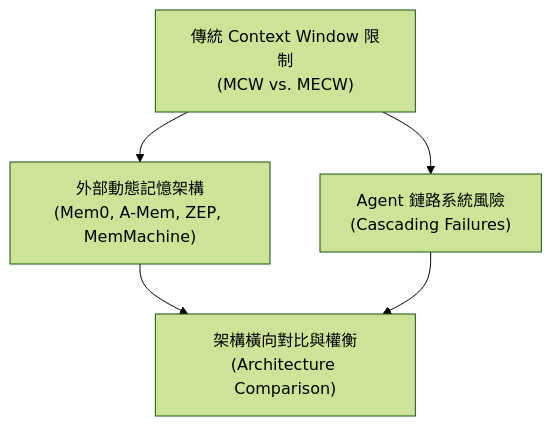
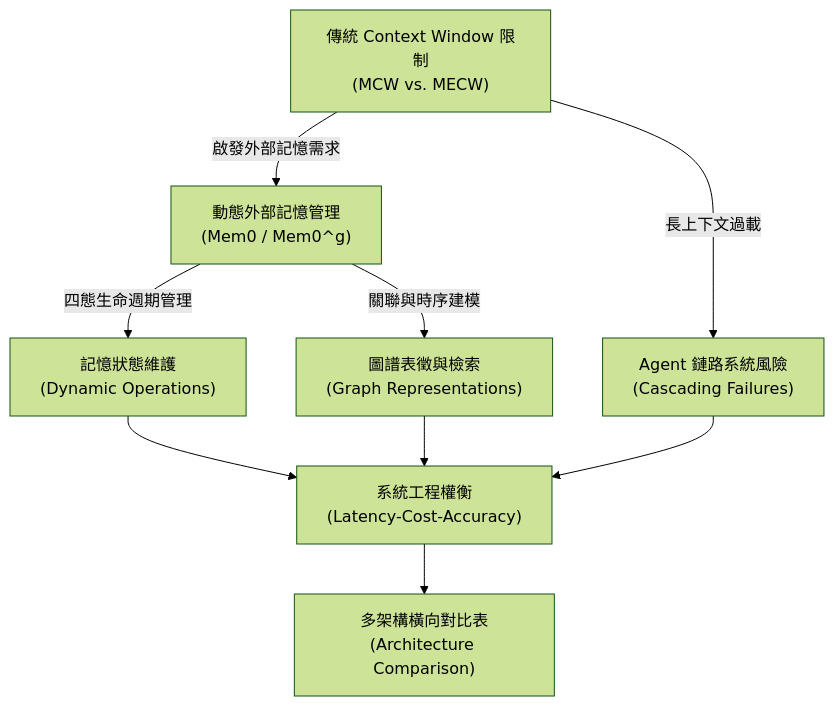
Before and after one commit to KenTW-PPD/TAICA_Generative_AI_Class-Homework_10: the diagram in wiki/index.md, drawn with Mermaid (forest theme). The commit also changed other lines of this file and 7 other files, not shown here.

````diff
--- a/wiki/index.md
+++ b/wiki/index.md
@@ -9,7 +9,11 @@
 ```mermaid
 flowchart TD
-    A["傳統 Context Window 限制<br/>(MCW vs. MECW)"] --> B["外部動態記憶架構<br/>(Mem0, A-Mem, ZEP, MemMachine)"]
-    A --> C["Agent 鏈路系統風險<br/>(Cascading Failures)"]
-    B --> D["架構橫向對比與權衡<br/>(Architecture Comparison)"]
-    C --> D
+    A["傳統 Context Window 限制<br/>(MCW vs. MECW)"] -->|啟發外部記憶需求| B["動態外部記憶管理<br/>(Mem0 / Mem0^g)"]
+    A -->|長上下文過載| C["Agent 鏈路系統風險<br/>(Cascading Failures)"]
+    B -->|四態生命週期管理| D["記憶狀態維護<br/>(Dynamic Operations)"]
+    B -->|關聯與時序建模| E["圖譜表徵與檢索<br/>(Graph Representations)"]
+    D --> F["系統工程權衡<br/>(Latency-Cost-Accuracy)"]
+    E --> F
+    C --> F
+    F --> G["多架構橫向對比表<br/>(Architecture Comparison)"]
 ```
````
